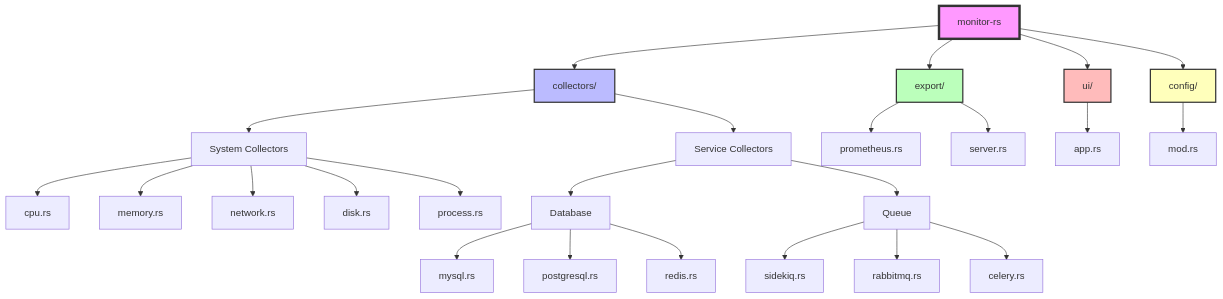
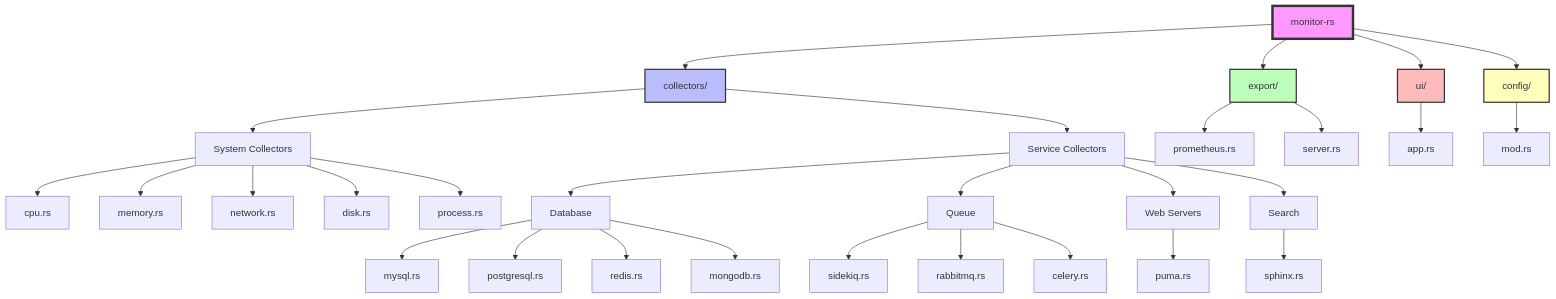
The first of 3 diagrams in README.md (ericgitangu/perf-monitor-rs), drawn with Mermaid before and after one commit. The commit also changed other lines of this file and 36 other files, not shown here.

First line of the commit message:
Add production infrastructure support with MongoDB, Sphinx, and Puma collectors

````diff
--- a/README.md
+++ b/README.md
@@ -733,37 +819,42 @@
 ```mermaid
 graph TD
     A[monitor-rs] --> B[collectors/]
     A --> C[export/]
     A --> D[ui/]
     A --> E[config/]
 
     B --> B1[System Collectors]
     B --> B2[Service Collectors]
     B1 --> B1a[cpu.rs]
     B1 --> B1b[memory.rs]
     B1 --> B1c[network.rs]
     B1 --> B1d[disk.rs]
     B1 --> B1e[process.rs]
 
     B2 --> B2a[Database]
     B2 --> B2b[Queue]
+    B2 --> B2c[Web Servers]
+    B2 --> B2d[Search]
     B2a --> B2a1[mysql.rs]
     B2a --> B2a2[postgresql.rs]
     B2a --> B2a3[redis.rs]
+    B2a --> B2a4[mongodb.rs]
     B2b --> B2b1[sidekiq.rs]
     B2b --> B2b2[rabbitmq.rs]
     B2b --> B2b3[celery.rs]
+    B2c --> B2c1[puma.rs]
+    B2d --> B2d1[sphinx.rs]
 
     C --> C1[prometheus.rs]
     C --> C2[server.rs]
 
     D --> D1[app.rs]
 
     E --> E1[mod.rs]
 
     style A fill:#f9f,stroke:#333,stroke-width:4px
     style B fill:#bbf,stroke:#333,stroke-width:2px
     style C fill:#bfb,stroke:#333,stroke-width:2px
     style D fill:#fbb,stroke:#333,stroke-width:2px
     style E fill:#ffb,stroke:#333,stroke-width:2px
 ```
````
